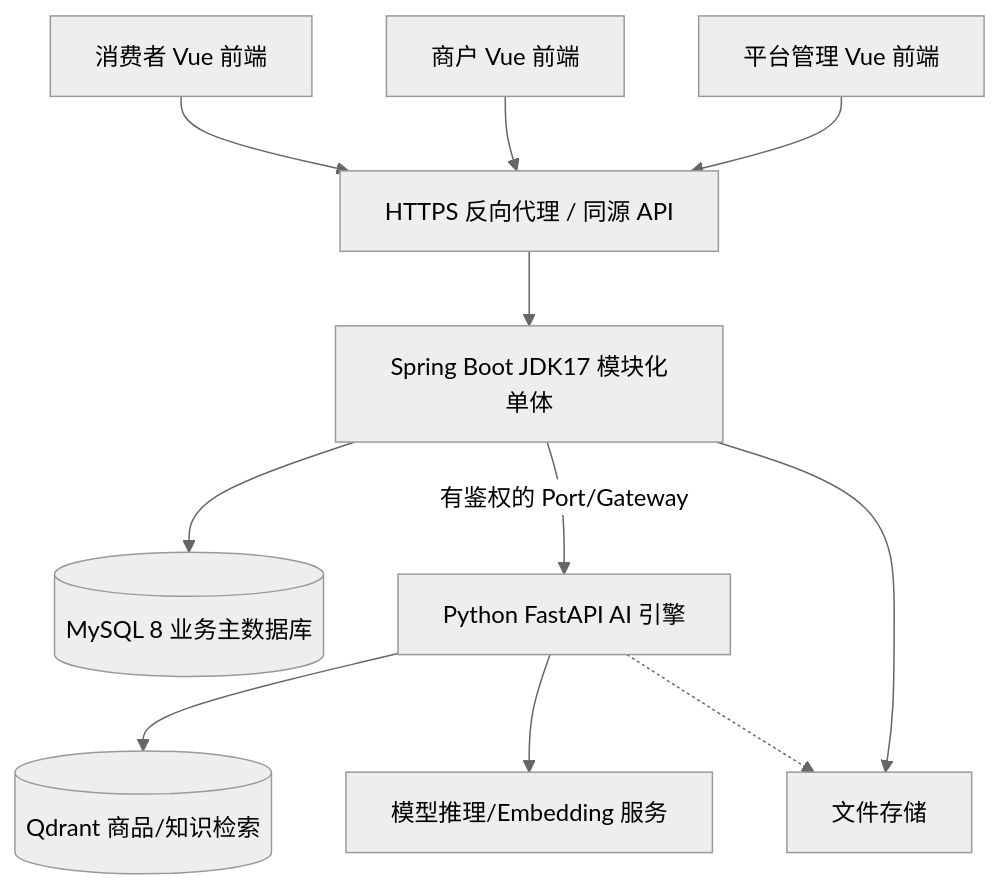
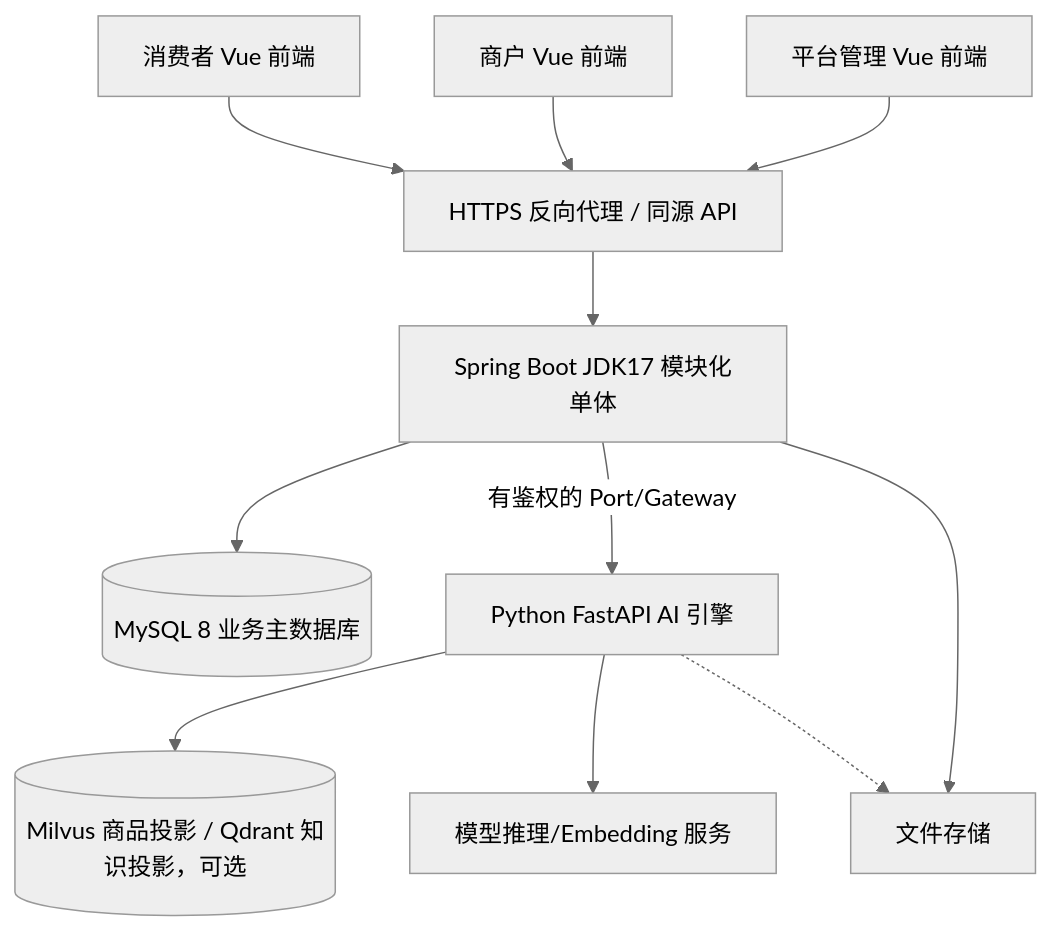
One commit to ProfessorZJH/campus-shopping changed the first of 2 diagrams in docs/architecture/system-architecture.md. Above: the diagram before and after it, drawn with Mermaid (neutral theme). The commit also changed other lines of this file and 163 other files, not shown here.

````diff
--- a/docs/architecture/system-architecture.md
+++ b/docs/architecture/system-architecture.md
@@ -10,23 +10,23 @@
 ```mermaid
 flowchart TB
     Consumer[消费者 Vue 前端]
     Merchant[商户 Vue 前端]
     Admin[平台管理 Vue 前端]
     Reverse[HTTPS 反向代理 / 同源 API]
     Java[Spring Boot JDK17 模块化单体]
     MySQL[(MySQL 8 业务主数据库)]
     Python[Python FastAPI AI 引擎]
-    Qdrant[(Qdrant 商品/知识检索)]
+    Vectors[(Milvus 商品投影 / Qdrant 知识投影，可选)]
     LLM[模型推理/Embedding 服务]
     FS[文件存储]
     Consumer --> Reverse
     Merchant --> Reverse
     Admin --> Reverse
     Reverse --> Java
     Java --> MySQL
     Java -->|有鉴权的 Port/Gateway| Python
-    Python --> Qdrant
+    Python --> Vectors
     Python --> LLM
     Java --> FS
     Python -.-> FS
 ```
````
